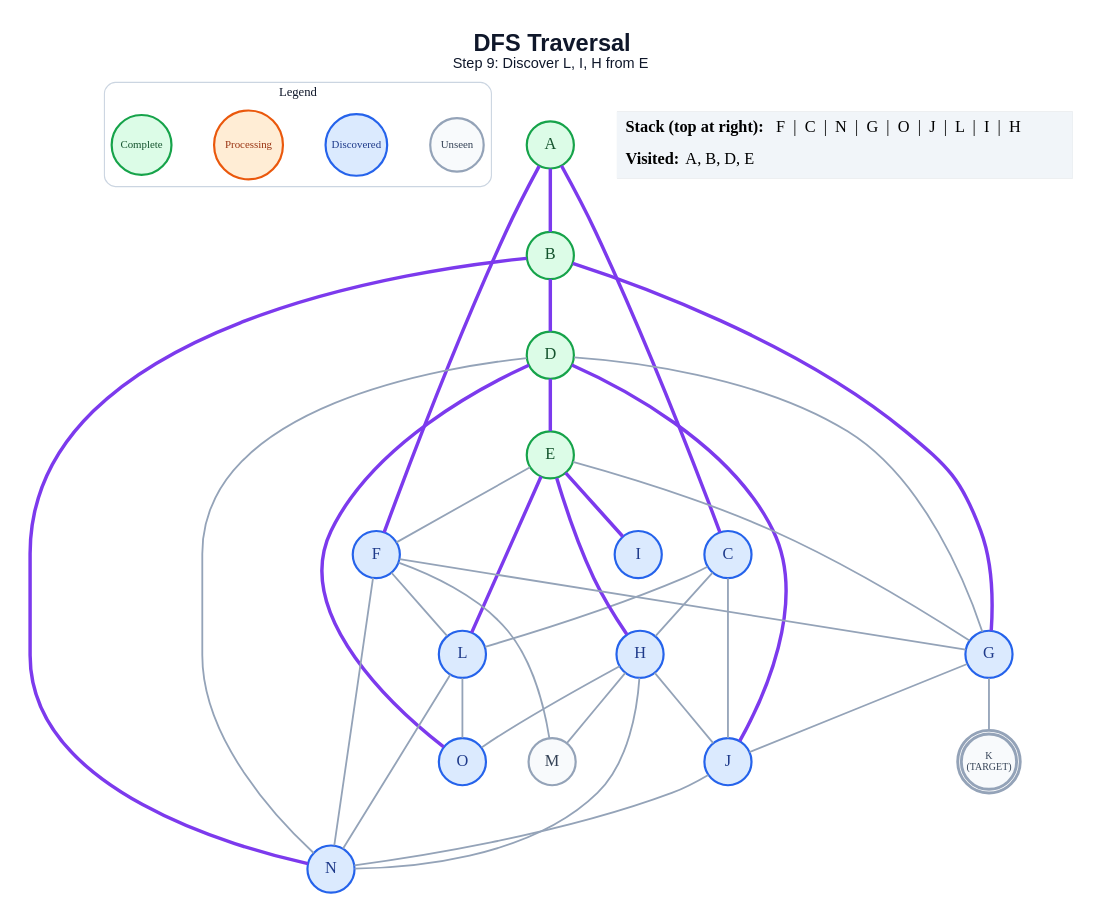
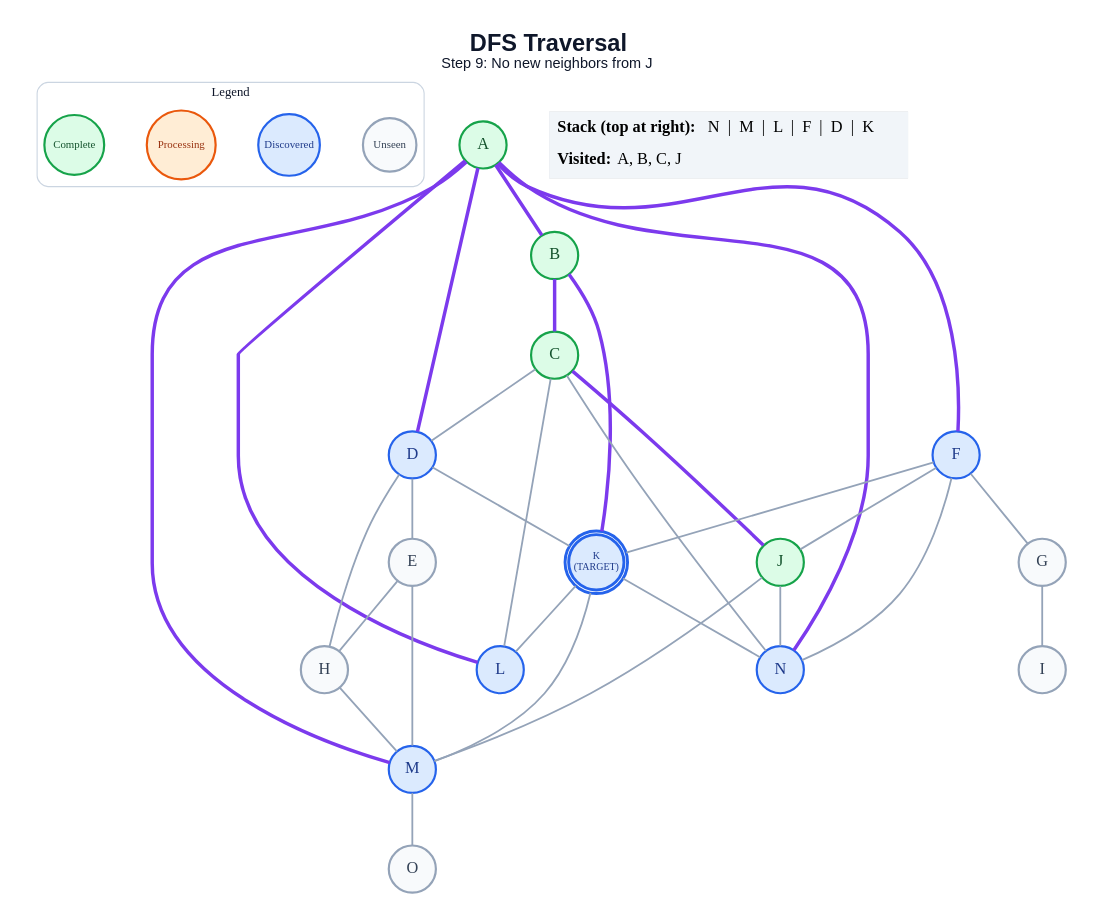
One commit to anon7238593-create/ai-slop changed the diagram in generated/specific-node/dfs/step_09.dot. Above: the diagram before and after it, drawn with Graphviz. The commit also changed 317 other files, not shown here.

```diff
--- a/generated/specific-node/dfs/step_09.dot
+++ b/generated/specific-node/dfs/step_09.dot
@@ -1,66 +1,63 @@
 graph traversal {
   graph [layout=dot, rankdir=TB, bgcolor="#FFFFFF", pad="0.35", nodesep="0.65", ranksep="0.8", fontname="Arial"];
   node [shape=circle, style="filled", fontname="Arial Bold", fontsize=18, width=0.72, fixedsize=true, penwidth=2.4];
   edge [color="#94A3B8", penwidth=2.0];
-  label=<<B>DFS Traversal</B><BR/><FONT POINT-SIZE="16">Step 9: Discover L, I, H from E</FONT>>; labelloc="t"; fontsize=26; fontname="Arial"; fontcolor="#0F172A";
+  label=<<B>DFS Traversal</B><BR/><FONT POINT-SIZE="16">Step 9: No new neighbors from J</FONT>>; labelloc="t"; fontsize=26; fontname="Arial"; fontcolor="#0F172A";
   subgraph cluster_legend { label="Legend"; color="#CBD5E1"; penwidth=1.2; style="rounded"; fontsize=14; fontname="Arial Bold";
     key_unseen [label="Unseen", fillcolor="#F8FAFC", color="#94A3B8", fontcolor="#334155", fontsize=12, width=0.82];
     key_frontier [label="Discovered", fillcolor="#DBEAFE", color="#2563EB", fontcolor="#1E3A8A", fontsize=12, width=0.95];
     key_current [label="Processing", fillcolor="#FFEDD5", color="#EA580C", fontcolor="#9A3412", fontsize=12, width=1.05];
     key_done [label="Complete", fillcolor="#DCFCE7", color="#16A34A", fontcolor="#14532D", fontsize=12, width=0.92];
     { rank=same; key_unseen; key_frontier; key_current; key_done; }
   }
   A [label="A", fillcolor="#DCFCE7", color="#16A34A", fontcolor="#14532D", peripheries=1, penwidth=2.4];
   B [label="B", fillcolor="#DCFCE7", color="#16A34A", fontcolor="#14532D", peripheries=1, penwidth=2.4];
-  C [label="C", fillcolor="#DBEAFE", color="#2563EB", fontcolor="#1E3A8A", peripheries=1, penwidth=2.4];
-  D [label="D", fillcolor="#DCFCE7", color="#16A34A", fontcolor="#14532D", peripheries=1, penwidth=2.4];
-  E [label="E", fillcolor="#DCFCE7", color="#16A34A", fontcolor="#14532D", peripheries=1, penwidth=2.4];
+  C [label="C", fillcolor="#DCFCE7", color="#16A34A", fontcolor="#14532D", peripheries=1, penwidth=2.4];
+  D [label="D", fillcolor="#DBEAFE", color="#2563EB", fontcolor="#1E3A8A", peripheries=1, penwidth=2.4];
+  E [label="E", fillcolor="#F8FAFC", color="#94A3B8", fontcolor="#334155", peripheries=1, penwidth=2.4];
   F [label="F", fillcolor="#DBEAFE", color="#2563EB", fontcolor="#1E3A8A", peripheries=1, penwidth=2.4];
-  G [label="G", fillcolor="#DBEAFE", color="#2563EB", fontcolor="#1E3A8A", peripheries=1, penwidth=2.4];
-  H [label="H", fillcolor="#DBEAFE", color="#2563EB", fontcolor="#1E3A8A", peripheries=1, penwidth=2.4];
-  I [label="I", fillcolor="#DBEAFE", color="#2563EB", fontcolor="#1E3A8A", peripheries=1, penwidth=2.4];
-  J [label="J", fillcolor="#DBEAFE", color="#2563EB", fontcolor="#1E3A8A", peripheries=1, penwidth=2.4];
-  K [label="K\n(TARGET)", fillcolor="#F8FAFC", color="#94A3B8", fontcolor="#334155", peripheries=2, penwidth=3.2, fontsize=11, width=0.85, height=0.85];
+  G [label="G", fillcolor="#F8FAFC", color="#94A3B8", fontcolor="#334155", peripheries=1, penwidth=2.4];
+  H [label="H", fillcolor="#F8FAFC", color="#94A3B8", fontcolor="#334155", peripheries=1, penwidth=2.4];
+  I [label="I", fillcolor="#F8FAFC", color="#94A3B8", fontcolor="#334155", peripheries=1, penwidth=2.4];
+  J [label="J", fillcolor="#DCFCE7", color="#16A34A", fontcolor="#14532D", peripheries=1, penwidth=2.4];
+  K [label="K\n(TARGET)", fillcolor="#DBEAFE", color="#2563EB", fontcolor="#1E3A8A", peripheries=2, penwidth=3.2, fontsize=11, width=0.85, height=0.85];
   L [label="L", fillcolor="#DBEAFE", color="#2563EB", fontcolor="#1E3A8A", peripheries=1, penwidth=2.4];
-  M [label="M", fillcolor="#F8FAFC", color="#94A3B8", fontcolor="#334155", peripheries=1, penwidth=2.4];
+  M [label="M", fillcolor="#DBEAFE", color="#2563EB", fontcolor="#1E3A8A", peripheries=1, penwidth=2.4];
   N [label="N", fillcolor="#DBEAFE", color="#2563EB", fontcolor="#1E3A8A", peripheries=1, penwidth=2.4];
-  O [label="O", fillcolor="#DBEAFE", color="#2563EB", fontcolor="#1E3A8A", peripheries=1, penwidth=2.4];
+  O [label="O", fillcolor="#F8FAFC", color="#94A3B8", fontcolor="#334155", peripheries=1, penwidth=2.4];
   A -- B [color="#7C3AED", penwidth=3.8];
-  A -- C [color="#7C3AED", penwidth=3.8];
+  A -- D [color="#7C3AED", penwidth=3.8];
   A -- F [color="#7C3AED", penwidth=3.8];
-  B -- D [color="#7C3AED", penwidth=3.8];
-  B -- G [color="#7C3AED", penwidth=3.8];
-  B -- N [color="#7C3AED", penwidth=3.8];
-  C -- H;
-  C -- J;
+  A -- L [color="#7C3AED", penwidth=3.8];
+  A -- M [color="#7C3AED", penwidth=3.8];
+  A -- N [color="#7C3AED", penwidth=3.8];
+  B -- C [color="#7C3AED", penwidth=3.8];
+  B -- K [color="#7C3AED", penwidth=3.8];
+  C -- D;
+  C -- J [color="#7C3AED", penwidth=3.8];
   C -- L;
-  D -- E [color="#7C3AED", penwidth=3.8];
-  D -- G;
-  D -- J [color="#7C3AED", penwidth=3.8];
-  D -- N;
-  D -- O [color="#7C3AED", penwidth=3.8];
-  E -- F;
-  E -- G;
-  E -- H [color="#7C3AED", penwidth=3.8];
-  E -- I [color="#7C3AED", penwidth=3.8];
-  E -- L [color="#7C3AED", penwidth=3.8];
+  C -- N;
+  D -- E;
+  D -- H;
+  D -- K;
+  E -- H;
+  E -- M;
   F -- G;
-  F -- L;
-  F -- M;
+  F -- J;
+  F -- K;
   F -- N;
-  G -- J;
-  G -- K;
-  H -- J;
+  G -- I;
   H -- M;
-  H -- N;
-  H -- O;
+  J -- M;
   J -- N;
-  L -- N;
-  L -- O;
+  K -- L;
+  K -- M;
+  K -- N;
+  M -- O;
   status [shape=plain, fixedsize=false, width=0, height=0, margin=0, label=<
     <TABLE BORDER="0" CELLBORDER="0" CELLPADDING="7" BGCOLOR="#F1F5F9">
-      <TR><TD ALIGN="LEFT"><B>Stack (top at right):</B> F  |  C  |  N  |  G  |  O  |  J  |  L  |  I  |  H</TD></TR>
-      <TR><TD ALIGN="LEFT"><B>Visited:</B> A, B, D, E</TD></TR>
+      <TR><TD ALIGN="LEFT"><B>Stack (top at right):</B> N  |  M  |  L  |  F  |  D  |  K</TD></TR>
+      <TR><TD ALIGN="LEFT"><B>Visited:</B> A, B, C, J</TD></TR>
     </TABLE>
   >];
 }
```
